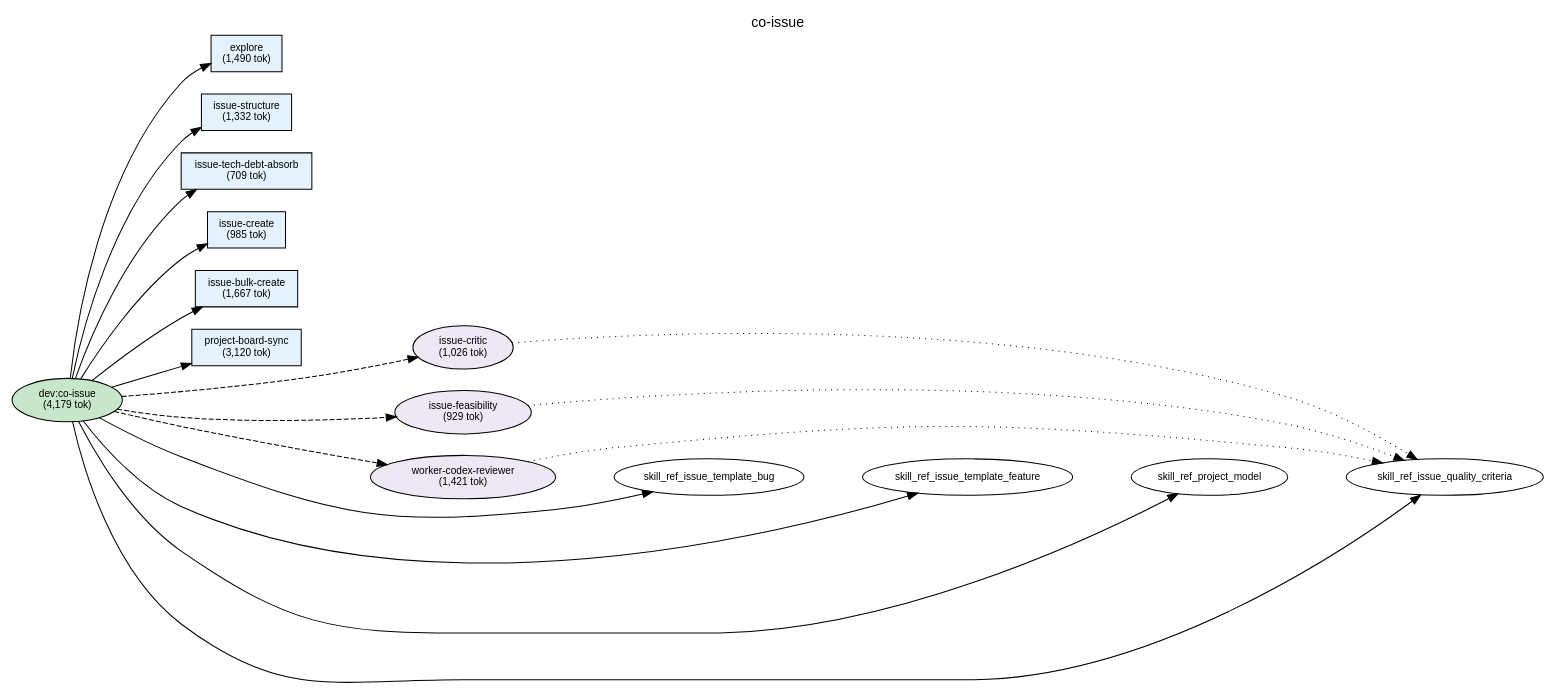
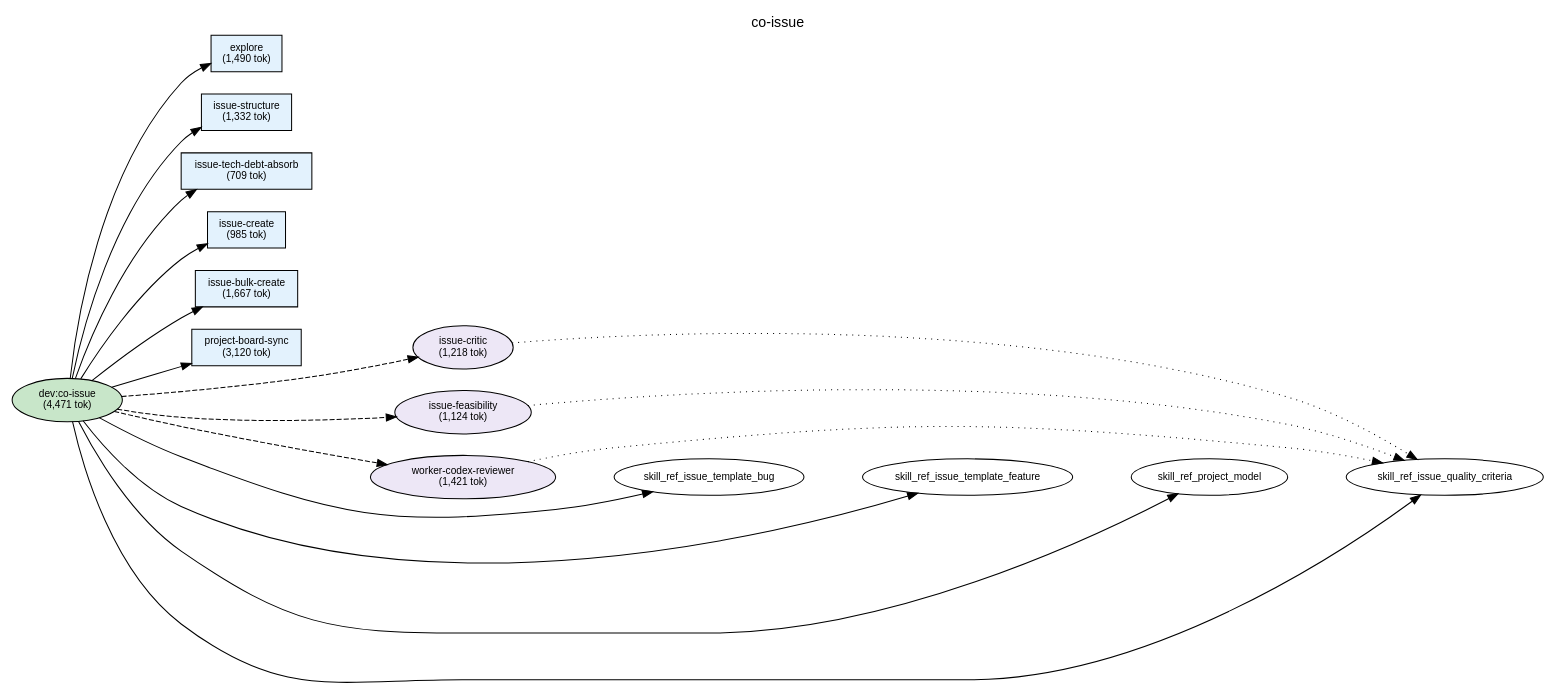
One commit to shuu5/twill changed the diagram in plugins/dev/docs/deps-co-issue.dot. Above: the diagram before and after it, drawn with Graphviz. The commit also changed 24 other files, not shown here.

First line of the commit message:
feat(arch): architecture drift 検出・更新トリガーを実装 (#160) (#183)

```diff
--- a/plugins/dev/docs/deps-co-issue.dot
+++ b/plugins/dev/docs/deps-co-issue.dot
@@ -1,78 +1,78 @@
 digraph Dependencies {
     // Graph settings
     rankdir=LR;
     ranksep=0.8;
     nodesep=0.3;
     fontname="Helvetica";
     node [fontname="Helvetica", fontsize=10];
     edge [fontname="Helvetica", fontsize=9];
     label="co-issue";
     labelloc=t;
     fontsize=14;
 
     // L0: Controller Skills
-    skill_co_issue [label="dev:co-issue\n(4,179 tok)", shape=ellipse, style=filled, fillcolor="#c8e6c9"];
+    skill_co_issue [label="dev:co-issue\n(4,471 tok)", shape=ellipse, style=filled, fillcolor="#c8e6c9"];
 
     // L0: Launchers
 
     // L0.5: Workflow Skills
 
     // Reference Skills
 
     // L1: Direct Commands
     cmd_issue_structure [label="issue-structure\n(1,332 tok)", shape=box, style=filled, fillcolor="#e3f2fd"];
     cmd_issue_create [label="issue-create\n(985 tok)", shape=box, style=filled, fillcolor="#e3f2fd"];
     cmd_issue_bulk_create [label="issue-bulk-create\n(1,667 tok)", shape=box, style=filled, fillcolor="#e3f2fd"];
     cmd_issue_tech_debt_absorb [label="issue-tech-debt-absorb\n(709 tok)", shape=box, style=filled, fillcolor="#e3f2fd"];
     cmd_project_board_sync [label="project-board-sync\n(3,120 tok)", shape=box, style=filled, fillcolor="#e3f2fd"];
     cmd_explore [label="explore\n(1,490 tok)", shape=box, style=filled, fillcolor="#e3f2fd"];
 
     // L2: Sub Commands
 
     // L3: Agents
-    agent_issue_critic [label="issue-critic\n(1,026 tok)", shape=ellipse, style=filled, fillcolor="#ede7f6"];
-    agent_issue_feasibility [label="issue-feasibility\n(929 tok)", shape=ellipse, style=filled, fillcolor="#ede7f6"];
+    agent_issue_critic [label="issue-critic\n(1,218 tok)", shape=ellipse, style=filled, fillcolor="#ede7f6"];
+    agent_issue_feasibility [label="issue-feasibility\n(1,124 tok)", shape=ellipse, style=filled, fillcolor="#ede7f6"];
     agent_worker_codex_reviewer [label="worker-codex-reviewer\n(1,421 tok)", shape=ellipse, style=filled, fillcolor="#ede7f6"];
 
     // L3.5: Scripts
 
     // L4: External
 
     // Layer constraints
     { rank=same; skill_co_issue; }
     { rank=same; cmd_issue_structure; cmd_issue_create; cmd_issue_bulk_create; cmd_issue_tech_debt_absorb; cmd_project_board_sync; cmd_explore; }
     { rank=same; agent_issue_critic; agent_issue_feasibility; agent_worker_codex_reviewer; }
 
     // Edges
     skill_co_issue -> cmd_explore;
     skill_co_issue -> cmd_issue_structure;
     skill_co_issue -> cmd_issue_tech_debt_absorb;
     skill_co_issue -> cmd_issue_create;
     skill_co_issue -> cmd_issue_bulk_create;
     skill_co_issue -> cmd_project_board_sync;
     skill_co_issue -> agent_issue_critic [style=dashed];
     skill_co_issue -> agent_issue_feasibility [style=dashed];
     skill_co_issue -> agent_worker_codex_reviewer [style=dashed];
     skill_co_issue -> skill_ref_issue_template_bug;
     skill_co_issue -> skill_ref_issue_template_feature;
     skill_co_issue -> skill_ref_project_model;
     skill_co_issue -> skill_ref_issue_quality_criteria;
     agent_issue_critic -> skill_ref_issue_quality_criteria [style=dotted];
     agent_issue_feasibility -> skill_ref_issue_quality_criteria [style=dotted];
     agent_worker_codex_reviewer -> skill_ref_issue_quality_criteria [style=dotted];
 
     // Ordering constraints (invisible edges)
     cmd_explore -> cmd_issue_structure [style=invis, weight=10];
     cmd_issue_structure -> cmd_issue_tech_debt_absorb [style=invis, weight=10];
     cmd_issue_tech_debt_absorb -> cmd_issue_create [style=invis, weight=10];
     cmd_issue_create -> cmd_issue_bulk_create [style=invis, weight=10];
     cmd_issue_bulk_create -> cmd_project_board_sync [style=invis, weight=10];
     cmd_project_board_sync -> agent_issue_critic [style=invis, weight=10];
     agent_issue_critic -> agent_issue_feasibility [style=invis, weight=10];
     agent_issue_feasibility -> agent_worker_codex_reviewer [style=invis, weight=10];
     agent_worker_codex_reviewer -> skill_ref_issue_template_bug [style=invis, weight=10];
     skill_ref_issue_template_bug -> skill_ref_issue_template_feature [style=invis, weight=10];
     skill_ref_issue_template_feature -> skill_ref_project_model [style=invis, weight=10];
     skill_ref_project_model -> skill_ref_issue_quality_criteria [style=invis, weight=10];
 
 }
```
